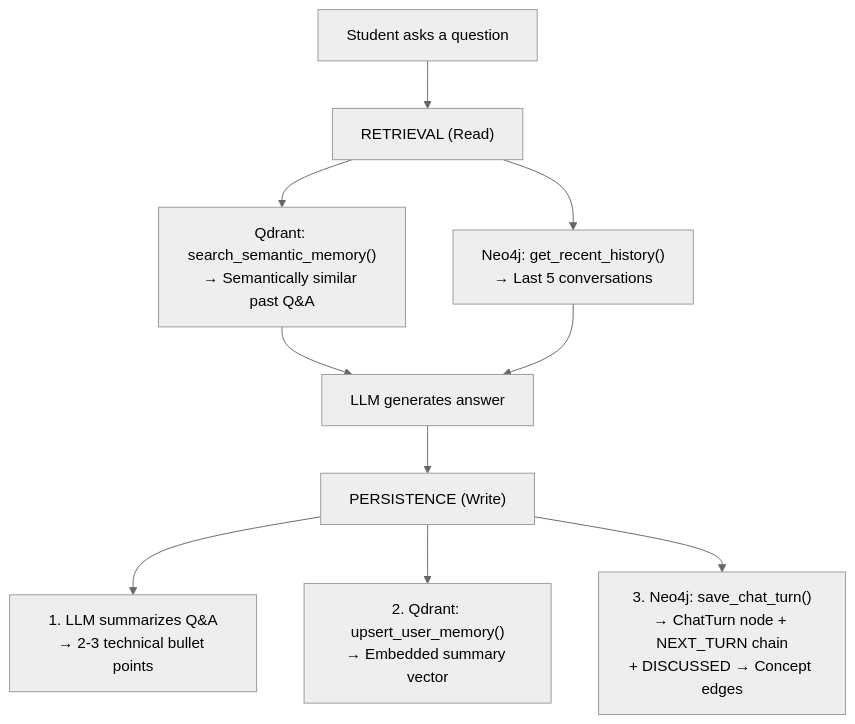
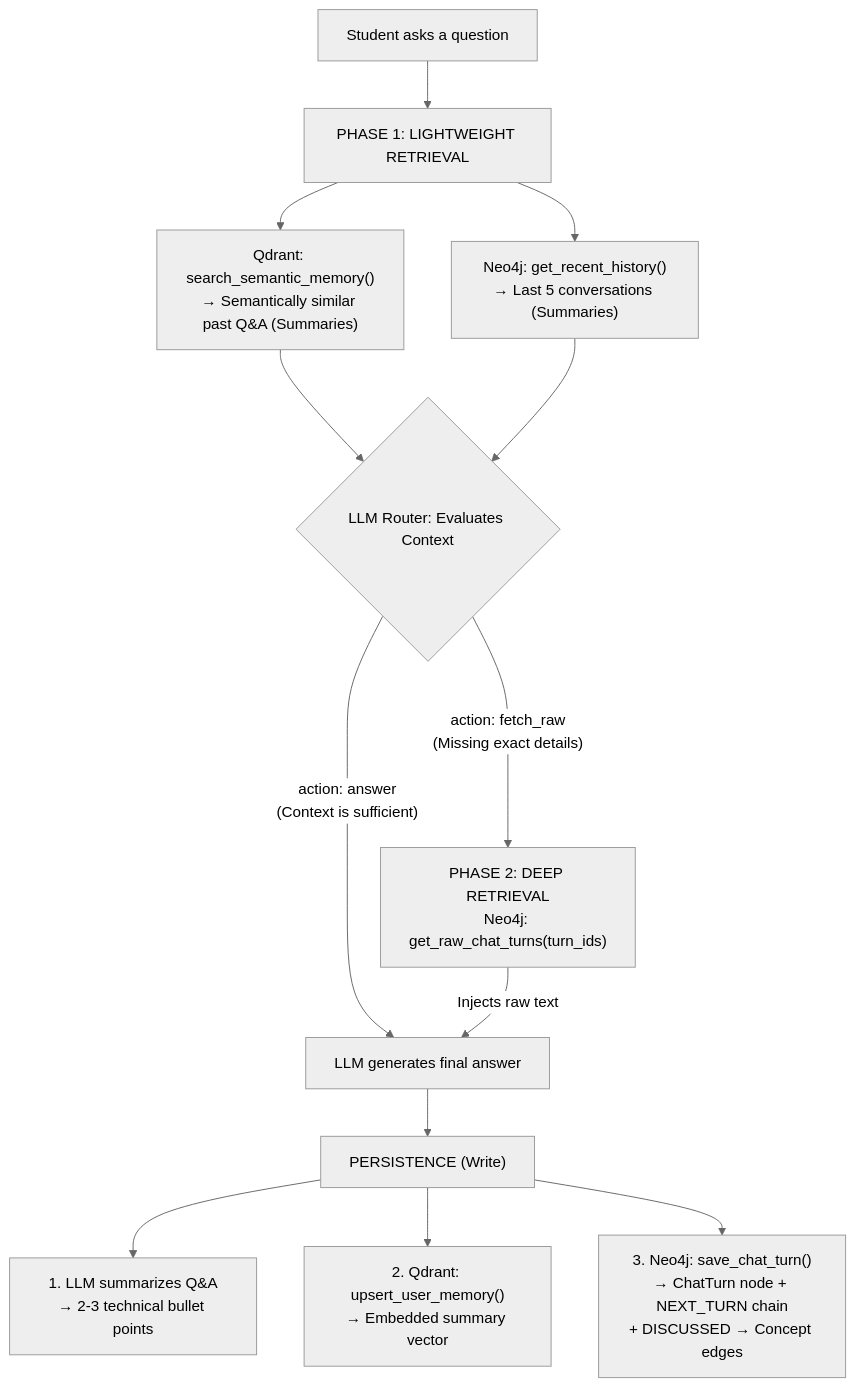
Before and after one commit to minhquang0407/rag-expert-mentor: the first of 2 diagrams in README.md, drawn with Mermaid (neutral theme). The commit also changed other lines of this file, not shown here.

Commit message:
Revise flowchart and database schema in README
Updated flowchart and database schema sections in README.

````diff
--- a/README.md
+++ b/README.md
@@ -186,16 +186,27 @@
 ```mermaid
 flowchart TB
-    Q["Student asks a question"] --> R["RETRIEVAL (Read)"]
+    Q["Student asks a question"] --> R_P1["PHASE 1: LIGHTWEIGHT RETRIEVAL"]
     
-    R --> R1["Qdrant: search_semantic_memory()<br/>→ Semantically similar past Q&A"]
-    R --> R2["Neo4j: get_recent_history()<br/>→ Last 5 conversations"]
+    R_P1 --> R1["Qdrant: search_semantic_memory()<br/>→ Semantically similar past Q&A (Summaries)"]
+    R_P1 --> R2["Neo4j: get_recent_history()<br/>→ Last 5 conversations (Summaries)"]
     
-    R1 --> LLM["LLM generates answer"]
-    R2 --> LLM
+    R1 --> Router{"LLM Router: Evaluates Context"}
+    R2 --> Router
+    
+    Router -- "action: answer<br/>(Context is sufficient)" ----> LLM["LLM generates final answer"]
+    Router -- "action: fetch_raw<br/>(Missing exact details)" --> R_P2["PHASE 2: DEEP RETRIEVAL<br/>Neo4j: get_raw_chat_turns(turn_ids)"]
+    
+    R_P2 -- "Injects raw text" --> LLM
     
     LLM --> P["PERSISTENCE (Write)"]
     
     P --> P1["1. LLM summarizes Q&A<br/>→ 2-3 technical bullet points"]
     P --> P2["2. Qdrant: upsert_user_memory()<br/>→ Embedded summary vector"]
     P --> P3["3. Neo4j: save_chat_turn()<br/>→ ChatTurn node + NEXT_TURN chain<br/>+ DISCUSSED → Concept edges"]
+
+
+    class R_P1,R_P2 phase
+    class Router router
+    class LLM action
+    class R1,R2,P2,P3 db
 ```
````
